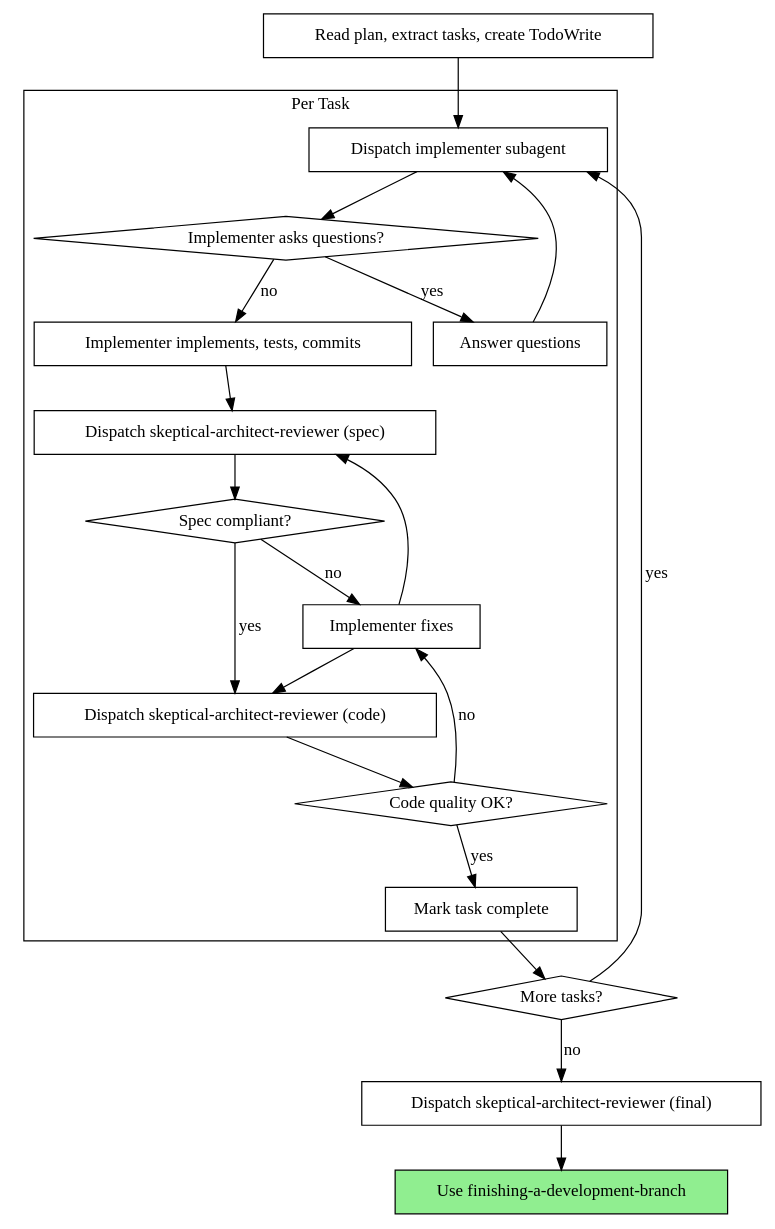
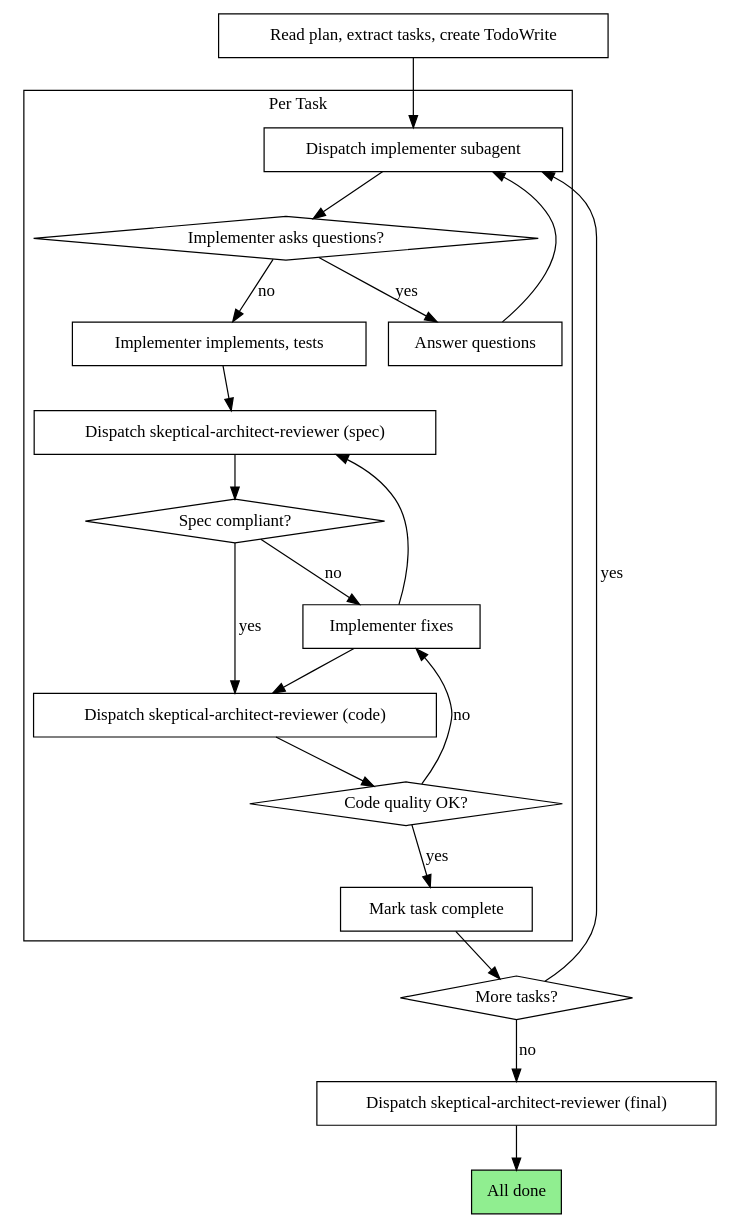
One commit to Sairef/superpowers changed the second of 2 diagrams in skills/subagent-driven-development/SKILL.md. Above: the diagram before and after it, drawn with Graphviz. The commit also changed other lines of this file and 6 other files, not shown here.

````diff
--- a/skills/subagent-driven-development/SKILL.md
+++ b/skills/subagent-driven-development/SKILL.md
@@ -36,43 +36,43 @@
 ```dot
 digraph process {
     rankdir=TB;
 
     subgraph cluster_per_task {
         label="Per Task";
         "Dispatch implementer subagent" [shape=box];
         "Implementer asks questions?" [shape=diamond];
         "Answer questions" [shape=box];
-        "Implementer implements, tests, commits" [shape=box];
+        "Implementer implements, tests" [shape=box];
         "Dispatch skeptical-architect-reviewer (spec)" [shape=box];
         "Spec compliant?" [shape=diamond];
         "Implementer fixes" [shape=box];
         "Dispatch skeptical-architect-reviewer (code)" [shape=box];
         "Code quality OK?" [shape=diamond];
         "Mark task complete" [shape=box];
     }
 
     "Read plan, extract tasks, create TodoWrite" [shape=box];
     "More tasks?" [shape=diamond];
     "Dispatch skeptical-architect-reviewer (final)" [shape=box];
-    "Use finishing-a-development-branch" [shape=box style=filled fillcolor=lightgreen];
+    "All done" [shape=box style=filled fillcolor=lightgreen];
 
     "Read plan, extract tasks, create TodoWrite" -> "Dispatch implementer subagent";
     "Dispatch implementer subagent" -> "Implementer asks questions?";
     "Implementer asks questions?" -> "Answer questions" [label="yes"];
     "Answer questions" -> "Dispatch implementer subagent";
-    "Implementer asks questions?" -> "Implementer implements, tests, commits" [label="no"];
-    "Implementer implements, tests, commits" -> "Dispatch skeptical-architect-reviewer (spec)";
+    "Implementer asks questions?" -> "Implementer implements, tests" [label="no"];
+    "Implementer implements, tests" -> "Dispatch skeptical-architect-reviewer (spec)";
     "Dispatch skeptical-architect-reviewer (spec)" -> "Spec compliant?";
     "Spec compliant?" -> "Implementer fixes" [label="no"];
     "Implementer fixes" -> "Dispatch skeptical-architect-reviewer (spec)";
     "Spec compliant?" -> "Dispatch skeptical-architect-reviewer (code)" [label="yes"];
     "Dispatch skeptical-architect-reviewer (code)" -> "Code quality OK?";
     "Code quality OK?" -> "Implementer fixes" [label="no"];
     "Implementer fixes" -> "Dispatch skeptical-architect-reviewer (code)";
     "Code quality OK?" -> "Mark task complete" [label="yes"];
     "Mark task complete" -> "More tasks?";
     "More tasks?" -> "Dispatch implementer subagent" [label="yes"];
     "More tasks?" -> "Dispatch skeptical-architect-reviewer (final)" [label="no"];
-    "Dispatch skeptical-architect-reviewer (final)" -> "Use finishing-a-development-branch";
+    "Dispatch skeptical-architect-reviewer (final)" -> "All done";
 }
 ```
````
